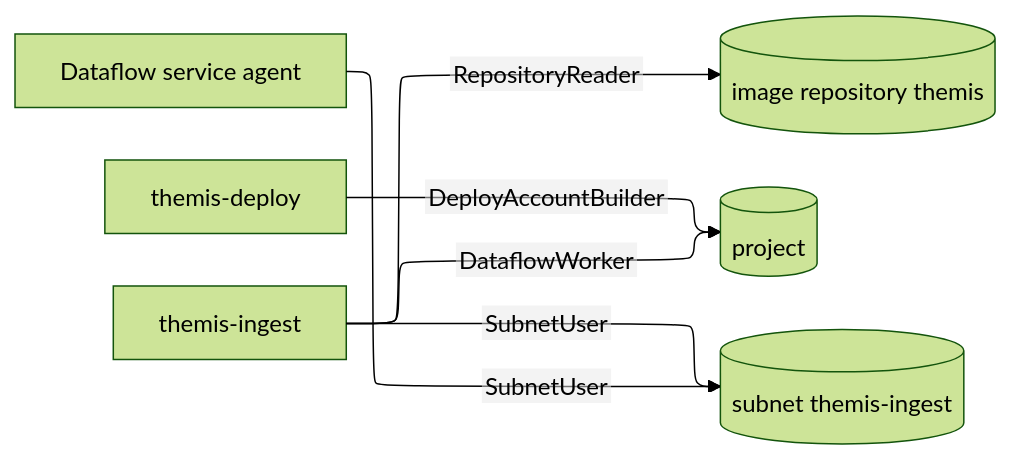
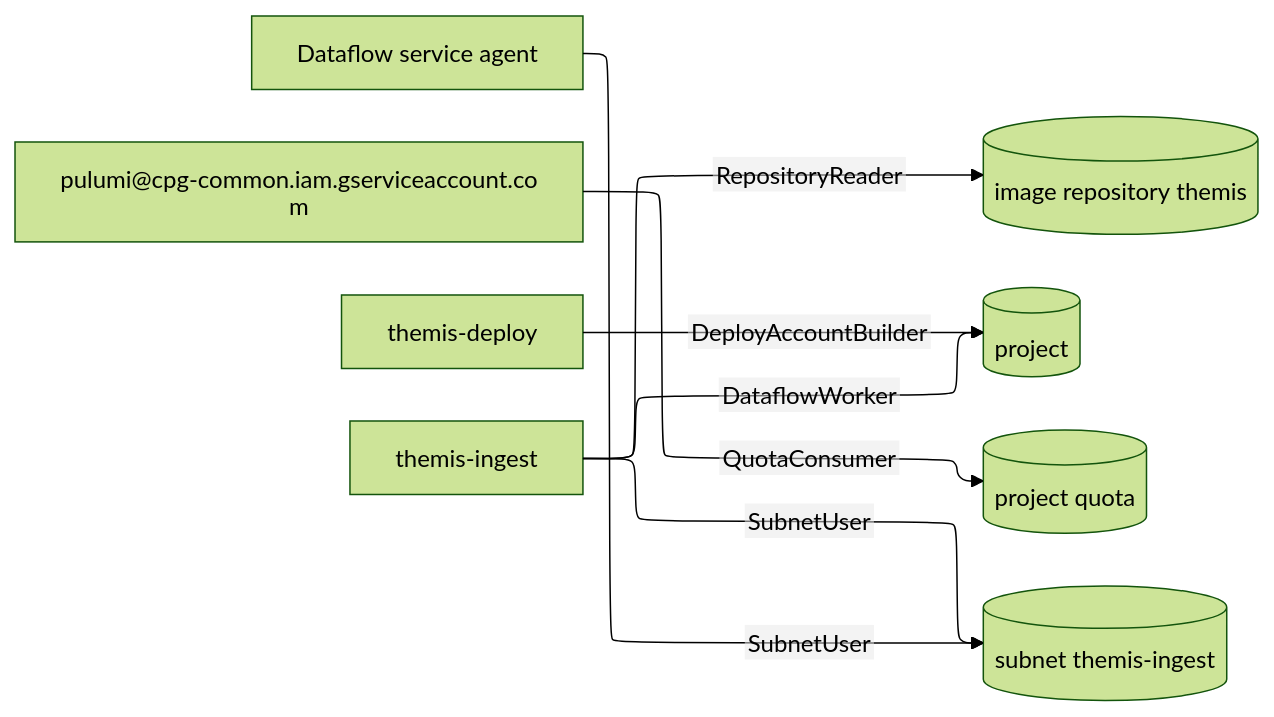
One commit to populationgenomics/themis changed the diagram in docs/design/grants/platform.mmd. Above: the diagram before and after it, drawn with Mermaid (forest theme). The commit also changed 179 other files, not shown here.

```diff
--- a/docs/design/grants/platform.mmd
+++ b/docs/design/grants/platform.mmd
@@ -1,13 +1,16 @@
 %%{init: {"layout": "elk", "elk": {"mergeEdges": true, "nodePlacementStrategy": "NETWORK_SIMPLEX"}, "htmlLabels": false, "flowchart": {"htmlLabels": false, "wrappingWidth": 320}}}%%
 flowchart LR
     n0["Dataflow service agent"]
-    n1["themis-deploy"]
-    n2["themis-ingest"]
-    n3[("image repository themis")]
-    n4[("project")]
-    n5[("subnet themis-ingest")]
-    n0 -->|SubnetUser| n5
-    n1 -->|DeployAccountBuilder| n4
-    n2 -->|DataflowWorker| n4
-    n2 -->|RepositoryReader| n3
-    n2 -->|SubnetUser| n5
+    n1["pulumi@cpg-common.iam.gserviceaccount.com"]
+    n2["themis-deploy"]
+    n3["themis-ingest"]
+    n4[("image repository themis")]
+    n5[("project")]
+    n6[("project quota")]
+    n7[("subnet themis-ingest")]
+    n0 -->|SubnetUser| n7
+    n1 -->|QuotaConsumer| n6
+    n2 -->|DeployAccountBuilder| n5
+    n3 -->|DataflowWorker| n5
+    n3 -->|RepositoryReader| n4
+    n3 -->|SubnetUser| n7
```
